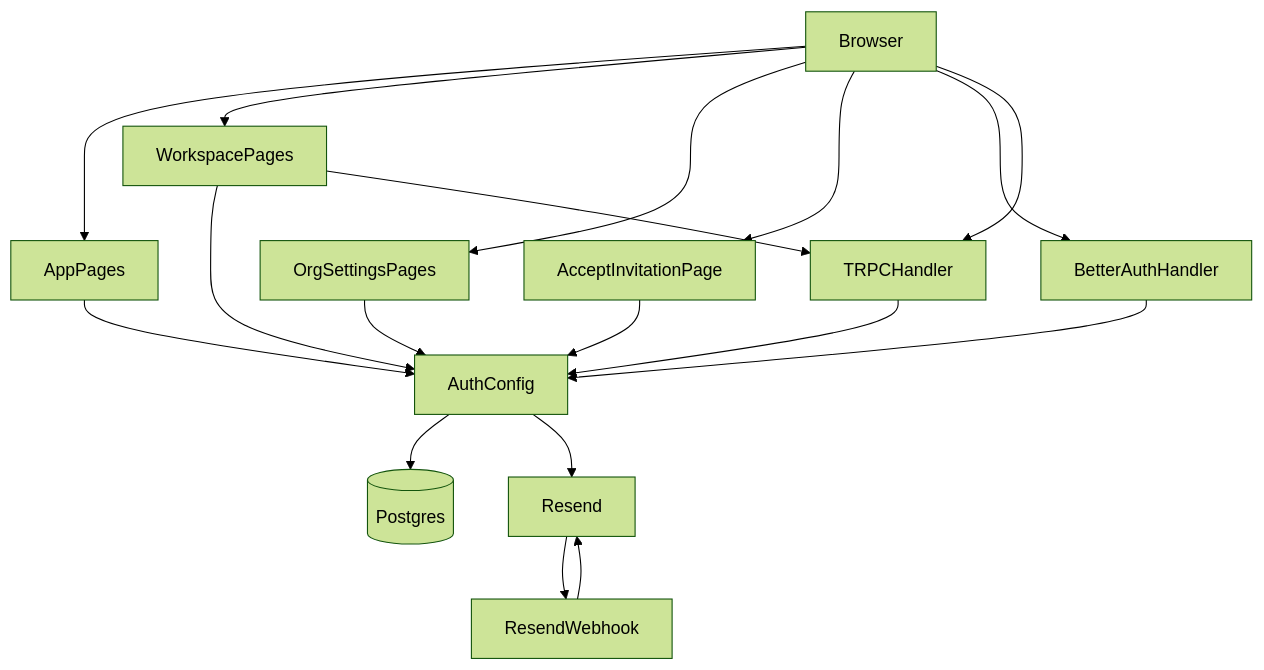
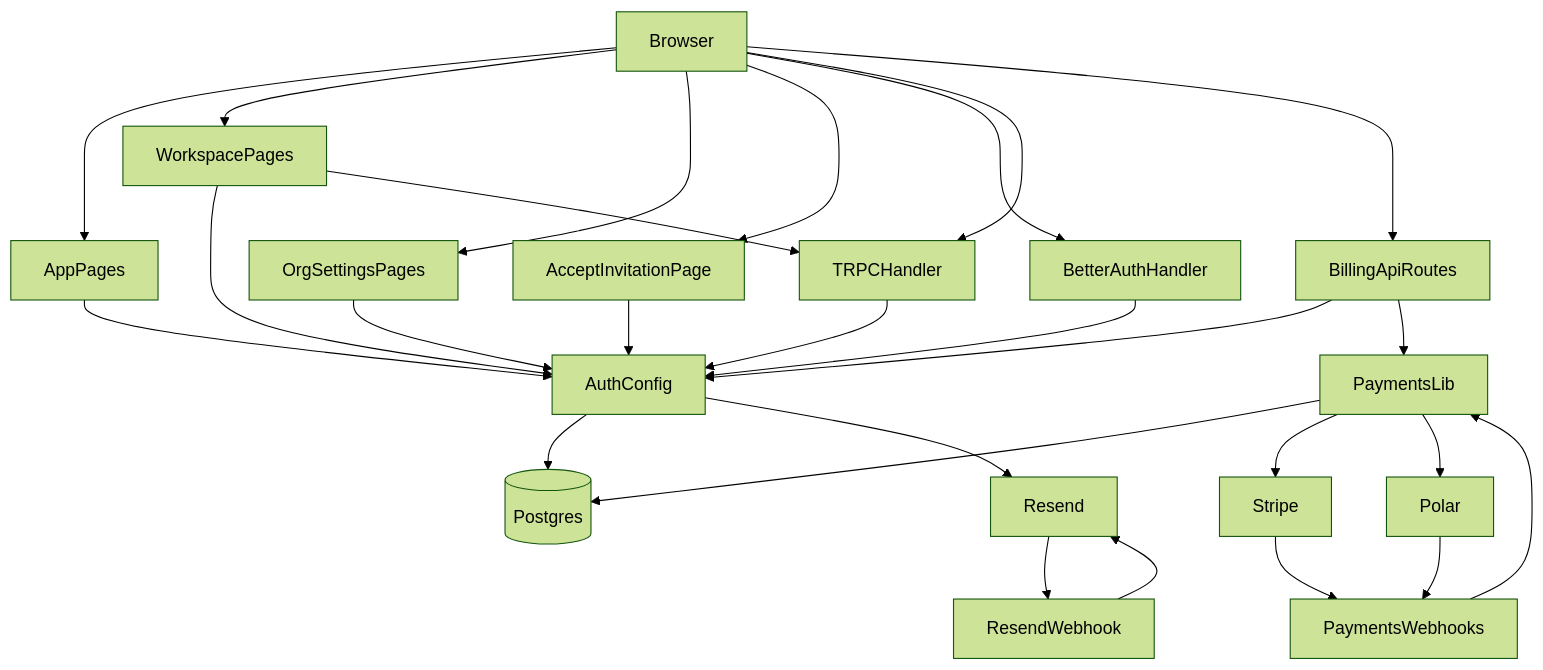
One commit to alexwox/genesis-template changed the diagram in architecture.md. Above: the diagram before and after it, drawn with Mermaid (forest theme). The commit also changed other lines of this file and 42 other files, not shown here.

Commit message:
Payments with Polar or Stripe

````diff
--- a/architecture.md
+++ b/architecture.md
@@ -41,33 +45,47 @@
 ```mermaid
 flowchart TD
   Browser[Browser]
   AppPages[AppPages]
   WorkspacePages[WorkspacePages]
   SettingsPages[OrgSettingsPages]
   InvitePage[AcceptInvitationPage]
   ApiAuth[BetterAuthHandler]
   ApiTrpc[TRPCHandler]
   ApiWebhook[ResendWebhook]
+  ApiBilling[BillingApiRoutes]
+  ApiPayWh[PaymentsWebhooks]
   AuthConfig[AuthConfig]
+  PaymentsCore[PaymentsLib]
   Db[(Postgres)]
   Resend[Resend]
+  Stripe[Stripe]
+  Polar[Polar]
 
   Browser --> AppPages
   Browser --> WorkspacePages
   Browser --> SettingsPages
   Browser --> InvitePage
   Browser --> ApiAuth
   Browser --> ApiTrpc
+  Browser --> ApiBilling
   Resend --> ApiWebhook
+  Stripe --> ApiPayWh
+  Polar --> ApiPayWh
 
   AppPages --> AuthConfig
   WorkspacePages --> AuthConfig
   WorkspacePages --> ApiTrpc
   SettingsPages --> AuthConfig
   InvitePage --> AuthConfig
   ApiAuth --> AuthConfig
   ApiTrpc --> AuthConfig
+  ApiBilling --> AuthConfig
+  ApiBilling --> PaymentsCore
+  ApiPayWh --> PaymentsCore
   AuthConfig --> Db
+  PaymentsCore --> Db
   AuthConfig --> Resend
   ApiWebhook --> Resend
+  PaymentsCore --> Stripe
+  PaymentsCore --> Polar
 ```
````
